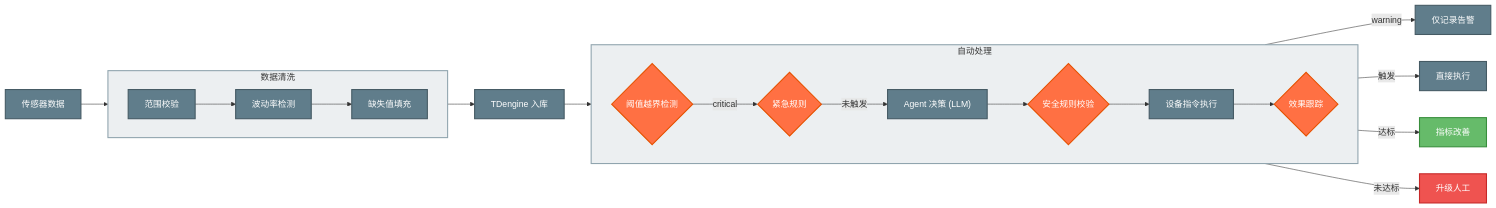
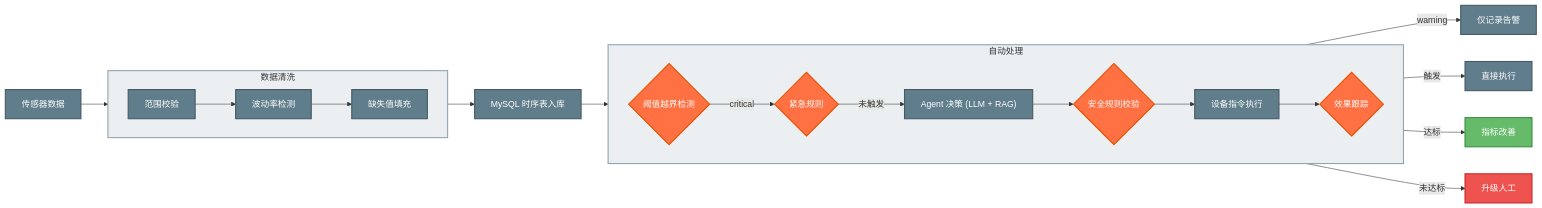
Before and after one commit to Edgar-0919/Fishery-Backend: the second of 2 diagrams in README.md, drawn with Mermaid. The commit also changed other lines of this file and 83 other files, not shown here.

Commit message:
V1.5更新内容 自研 Agent Loop + RAG 实现

````diff
--- a/README.md
+++ b/README.md
@@ -58,56 +66,56 @@
 ```mermaid
 flowchart LR
     classDef node fill:#607D8B,stroke:#455A64,stroke-width:2px,color:#FFFFFF
     classDef decision fill:#FF7043,stroke:#E65100,stroke-width:2px,color:#FFFFFF
     classDef emergency fill:#EF5350,stroke:#C62828,stroke-width:2px,color:#FFFFFF
     classDef success fill:#66BB6A,stroke:#388E3C,stroke-width:2px,color:#FFFFFF
 
     Start["传感器数据"] --> Clean1["范围校验"]
     Clean1 --> Clean2["波动率检测"]
     Clean2 --> Clean3["缺失值填充"]
-    Clean3 --> Store["TDengine 入库"]
+    Clean3 --> Store["MySQL 时序表入库"]
     
     Store --> Detect{"阈值越界检测"}
     
     Detect -->|"warning"| Log["仅记录告警"]
     
     Detect -->|"critical"| Emergency{"紧急规则"}
     
     Emergency -->|"触发"| DirectExec["直接执行"]
     
-    Emergency -->|"未触发"| LLM["Agent 决策 (LLM)"]
+    Emergency -->|"未触发"| LLM["Agent 决策 (LLM + RAG)"]
     
     LLM --> Safety{"安全规则校验"}
     
     Safety --> Exec["设备指令执行"]
     
     Exec --> Effect{"效果跟踪"}
     
     Effect -->|"达标"| Success["指标改善"]
     
     Effect -->|"未达标"| Escalate["升级人工"]
     
     subgraph Clean["数据清洗"]
         style Clean fill:#ECEFF1,stroke:#90A4AE,stroke-width:2px
         direction LR
         Clean1
         Clean2
         Clean3
     end
     
     subgraph Auto["自动处理"]
         style Auto fill:#ECEFF1,stroke:#90A4AE,stroke-width:2px
         direction LR
         Detect
         Emergency
         LLM
         Safety
         Exec
         Effect
     end
 
     class Start,Clean1,Clean2,Clean3,Store,Log,DirectExec,LLM,Exec node
     class Detect,Emergency,Safety,Effect decision
     class Escalate emergency
     class Success success
 ```
````
